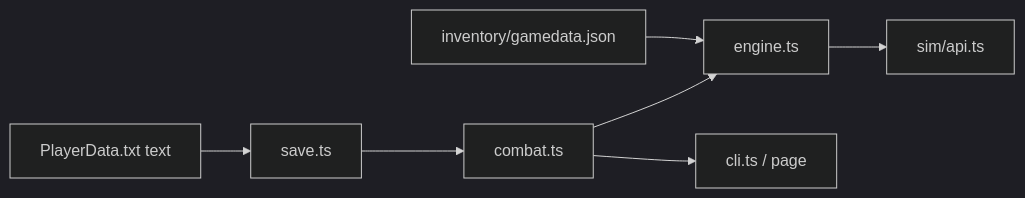
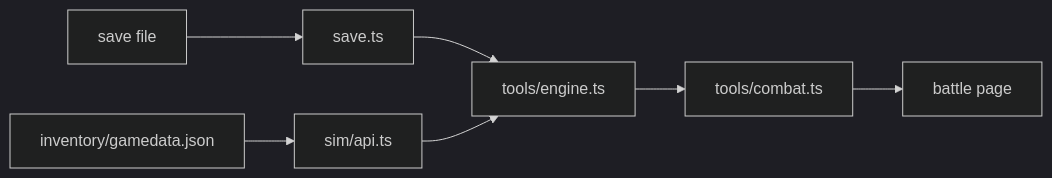
Before and after one commit to titaniteChuck/merchant-rpg-simulator: the diagram in docs/tooling/combat-simulator/combat-simulator.md, drawn with Mermaid (dark theme). The commit also changed other lines of this file and 39 other files, not shown here.

````diff
--- a/docs/tooling/combat-simulator/combat-simulator.md
+++ b/docs/tooling/combat-simulator/combat-simulator.md
@@ -109,7 +29,9 @@
 ```mermaid
 flowchart LR
-  save[PlayerData.txt text] --> s[save.ts] --> c[combat.ts]
-  gd[inventory/gamedata.json] --> e[engine.ts] --> api[sim/api.ts]
-  c --> e
-  c --> cli[cli.ts / page]
+  S[save file] --> P[save.ts]
+  G[inventory/gamedata.json] --> A[sim/api.ts]
+  P --> E[tools/engine.ts]
+  A --> E
+  E --> C[tools/combat.ts]
+  C --> W[battle page]
 ```
````
